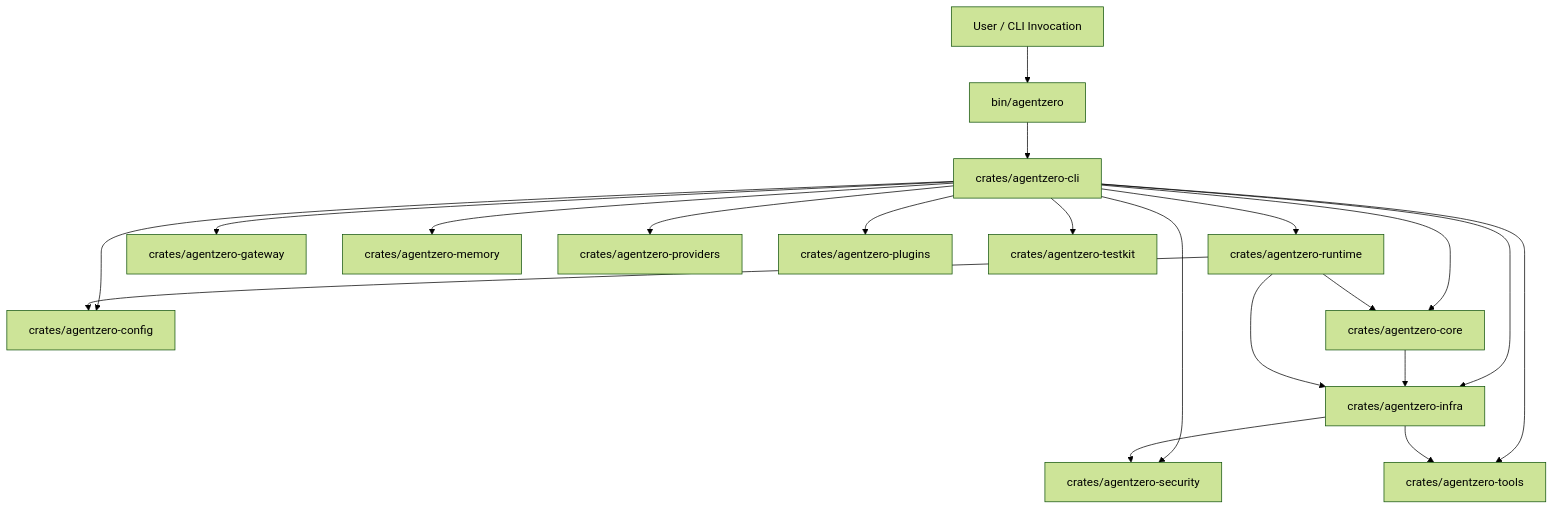
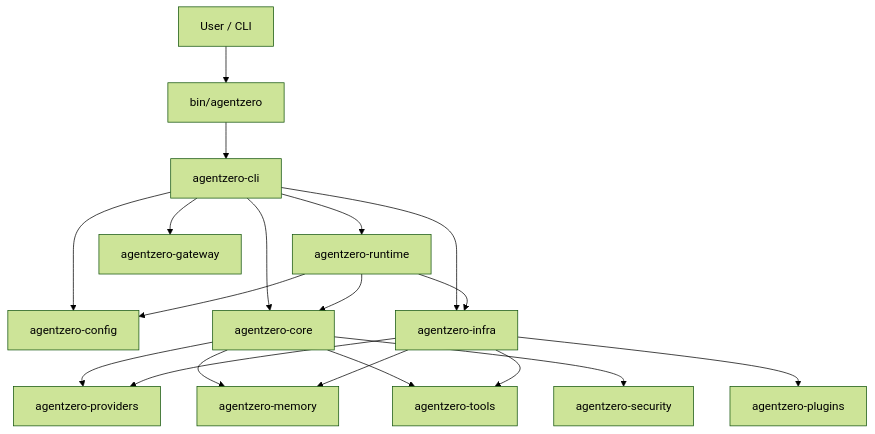
Before and after one commit to auser/agentzero: the first of 2 diagrams in public/src/content/docs/architecture.md, drawn with Mermaid (forest theme). The commit also changed other lines of this file and 52 other files, not shown here.

````diff
--- a/public/src/content/docs/architecture.md
+++ b/public/src/content/docs/architecture.md
@@ -10,24 +17,25 @@
 ```mermaid
 flowchart TD
-    U[User / CLI Invocation] --> B[bin/agentzero]
-    B --> C[crates/agentzero-cli]
+    U[User / CLI] --> B[bin/agentzero]
+    B --> CLI[agentzero-cli]
 
-    C --> CFG[crates/agentzero-config]
-    C --> CORE[crates/agentzero-core]
-    C --> RT[crates/agentzero-runtime]
-    C --> GW[crates/agentzero-gateway]
-    C --> INFRA[crates/agentzero-infra]
-    C --> MEM[crates/agentzero-memory]
-    C --> PROV[crates/agentzero-providers]
-    C --> SEC[crates/agentzero-security]
-    C --> TOOLS[crates/agentzero-tools]
-    C --> WASM[crates/agentzero-plugins]
-    C --> TK[crates/agentzero-testkit]
+    CLI --> CFG[agentzero-config]
+    CLI --> CORE[agentzero-core]
+    CLI --> RT[agentzero-runtime]
+    CLI --> GW[agentzero-gateway]
+    CLI --> INFRA[agentzero-infra]
 
-    CORE --> INFRA
+    CORE --> PROV[agentzero-providers]
+    CORE --> MEM[agentzero-memory]
+    CORE --> TOOLS[agentzero-tools]
+    CORE --> SEC[agentzero-security]
+
+    INFRA --> PROV
+    INFRA --> MEM
     INFRA --> TOOLS
-    INFRA --> SEC
+    INFRA --> WASM[agentzero-plugins]
+
     RT --> CORE
     RT --> CFG
     RT --> INFRA
 ```
````
